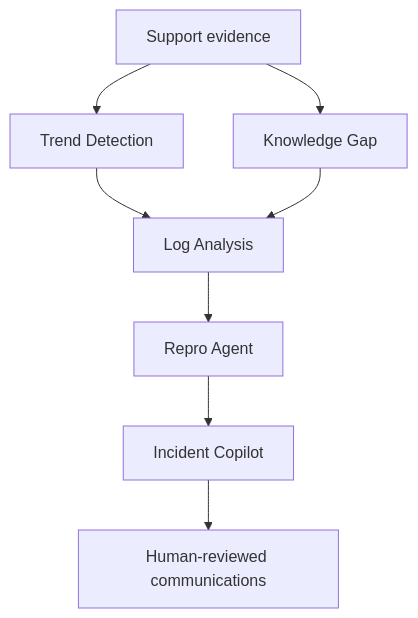
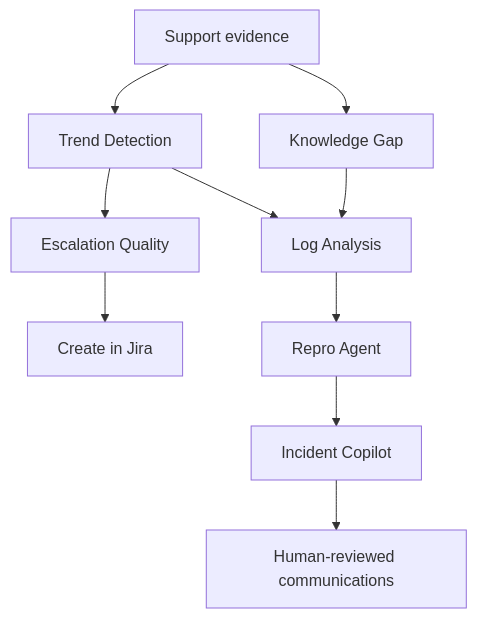
Before and after one commit to Yufereva/ai-support-trends-detection: the diagram in docs/future-agents.md, drawn with Mermaid. The commit also changed other lines of this file and 13 other files, not shown here.

First line of the commit message:
Add Escalation Quality Agent and wire it into the Trend to Jira handoff

````diff
--- a/docs/future-agents.md
+++ b/docs/future-agents.md
@@ -99,10 +116,12 @@
 ```mermaid
 flowchart TD
     A[Support evidence] --> B[Trend Detection]
     A --> C[Knowledge Gap]
+    B --> EQ[Escalation Quality]
+    EQ --> J[Create in Jira]
     B --> D[Log Analysis]
     C --> D
     D --> E[Repro Agent]
     E --> F[Incident Copilot]
     F --> G[Human-reviewed communications]
 ```
````
